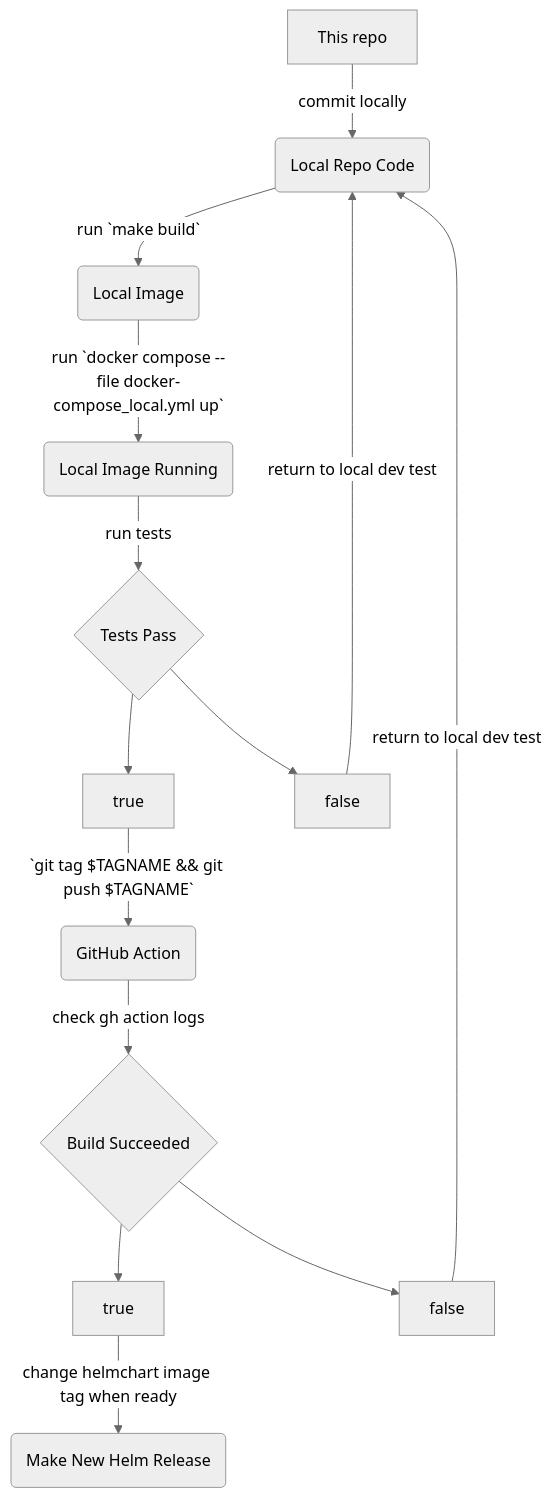
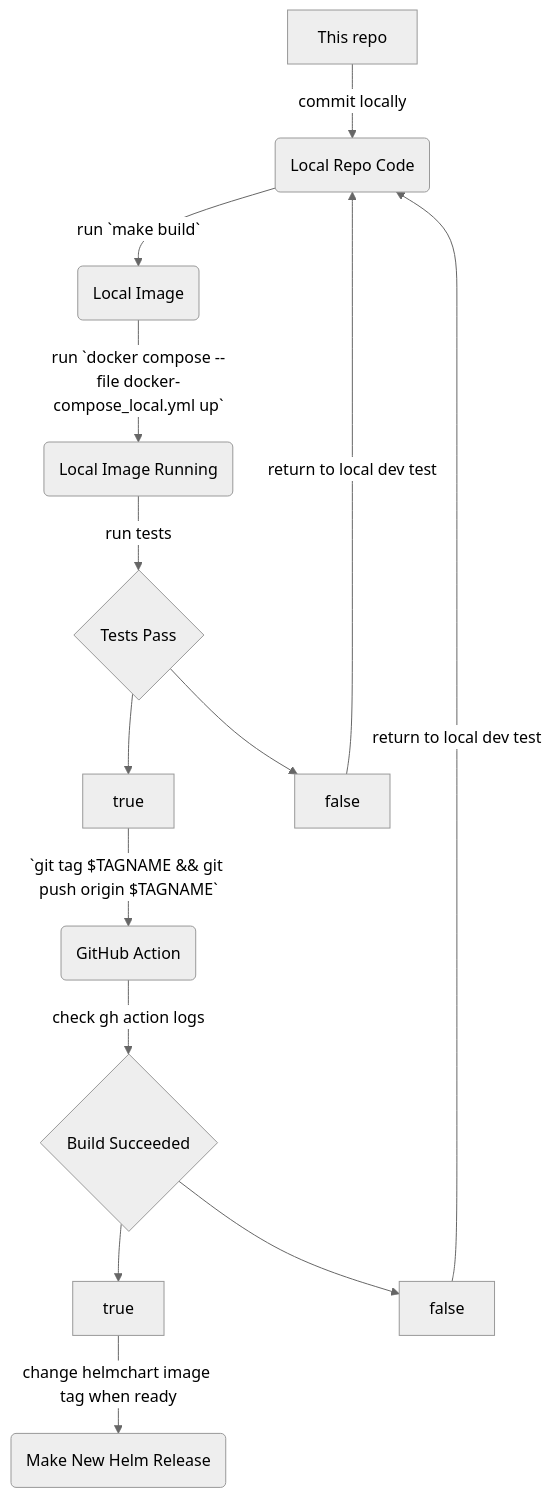
One commit to TNRIS/twdh_ckan_docker changed the diagram in README.md. Above: the diagram before and after it, drawn with Mermaid (neutral theme).

````diff
--- a/README.md
+++ b/README.md
@@ -9,16 +9,16 @@
 ```mermaid
 flowchart TD
     A[This repo] -->| commit locally | B(Local Repo Code)
     B --> | run `make build` | C(Local Image)
     C --> | run `docker compose --file docker-compose_local.yml up` | D(Local Image Running)
     D --> | run tests | E{"Tests Pass"}
     E --> PASS_L[true]
     E --> FAIL_L[false]
     FAIL_L --> | return to local dev test | B
-    PASS_L --> | `git tag $TAGNAME && git push $TAGNAME` | F( GitHub Action )
+    PASS_L --> | `git tag $TAGNAME && git push origin $TAGNAME` | F( GitHub Action )
     F --> | check gh action logs | G{Build Succeeded}
     G --> PASS_R[true]
     G --> FAIL_R[false]
     FAIL_R --> | return to local dev test | B
     PASS_R --> | change helmchart image tag when ready | H(Make New Helm Release)
 ```
````
